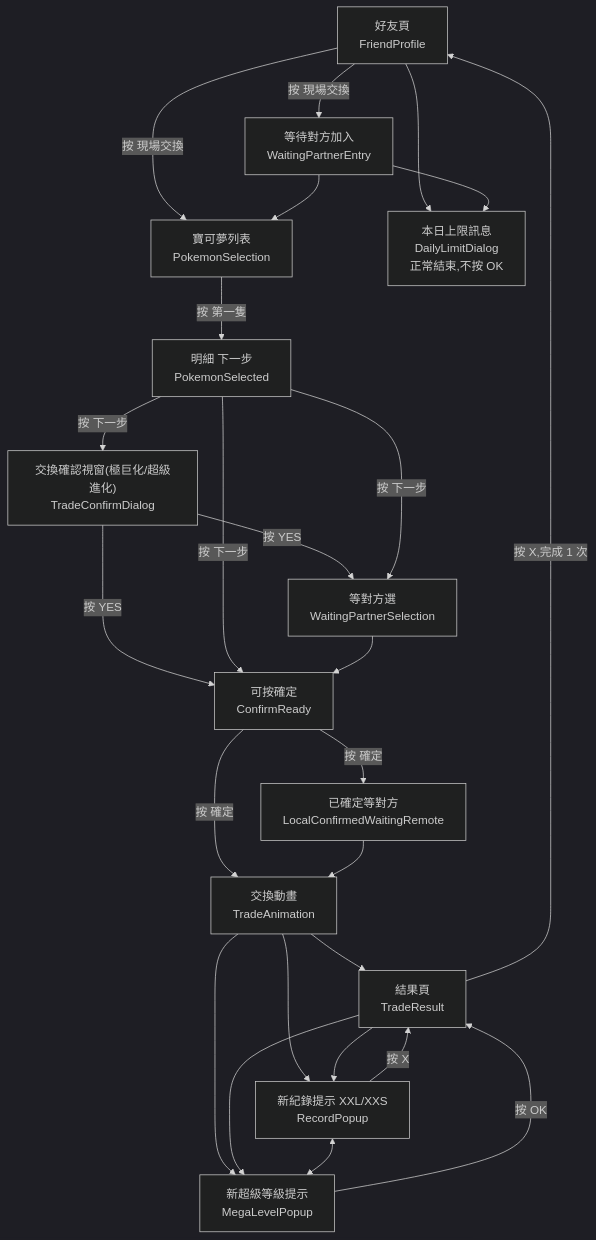
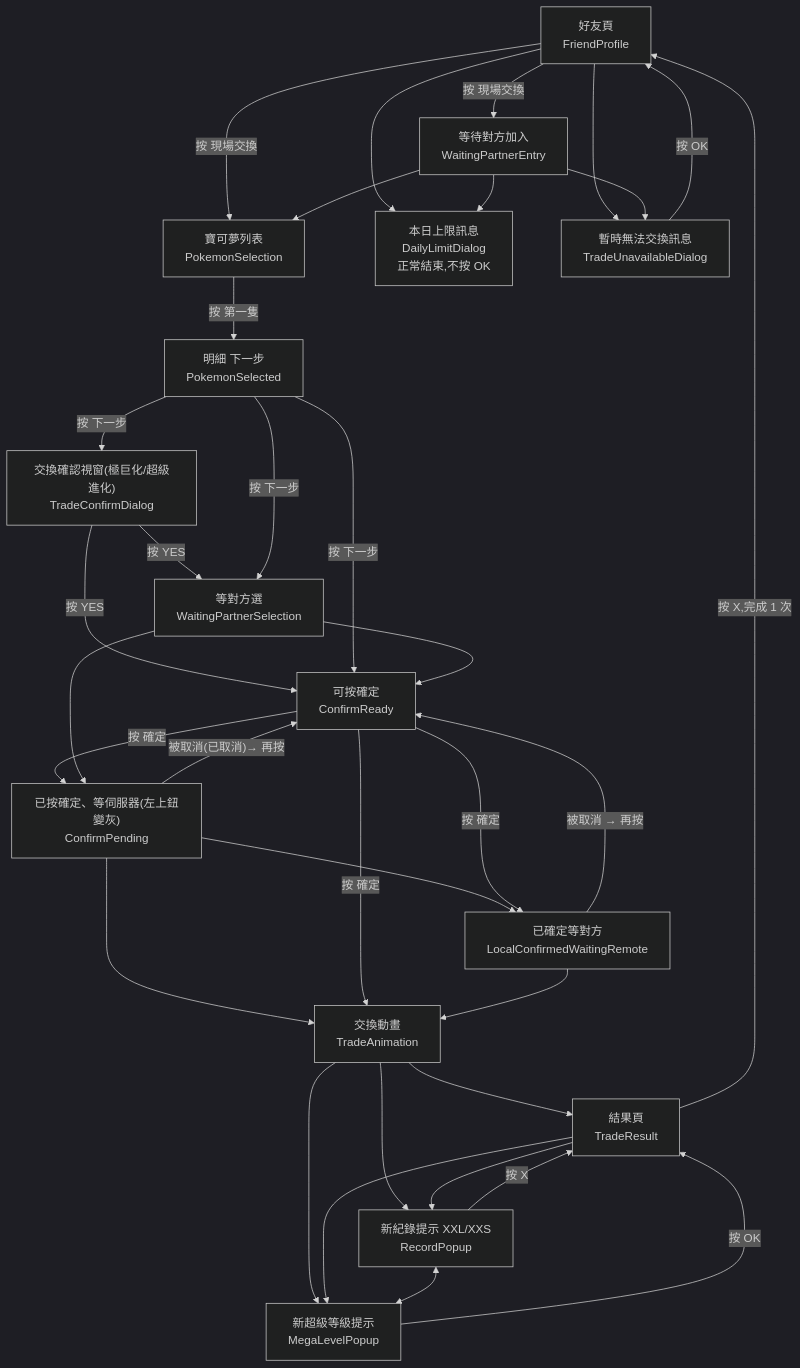
The second of 2 diagrams in docs/Developer_Handbook.md (Jerry2-Yao/PG_AutoTrade-Download), drawn with Mermaid (dark theme) before and after one commit. The commit also changed other lines of this file and 1 other file, not shown here.

````diff
--- a/docs/Developer_Handbook.md
+++ b/docs/Developer_Handbook.md
@@ -277,27 +280,36 @@
 ```mermaid
 flowchart TD
   FP["好友頁<br/>FriendProfile"] -->|"按 現場交換"| WPE["等待對方加入<br/>WaitingPartnerEntry"]
   FP -->|"按 現場交換"| PS["寶可夢列表<br/>PokemonSelection"]
   WPE --> PS
   FP --> DL["本日上限訊息<br/>DailyLimitDialog<br/>正常結束,不按 OK"]
   WPE --> DL
+  FP --> TU["暫時無法交換訊息<br/>TradeUnavailableDialog"]
+  WPE --> TU
+  TU -->|"按 OK"| FP
   PS -->|"按 第一隻"| PD["明細 下一步<br/>PokemonSelected"]
   PD -->|"按 下一步"| TCD["交換確認視窗(極巨化/超級進化)<br/>TradeConfirmDialog"]
   TCD -->|"按 YES"| WPS["等對方選<br/>WaitingPartnerSelection"]
   TCD -->|"按 YES"| CR["可按確定<br/>ConfirmReady"]
   PD -->|"按 下一步"| WPS
   PD -->|"按 下一步"| CR
   WPS --> CR
+  CR -->|"按 確定"| CP["已按確定、等伺服器(左上鈕變灰)<br/>ConfirmPending"]
+  WPS --> CP
+  CP --> LC
+  CP --> TA
+  CP -->|"被取消(已取消)→ 再按"| CR
+  LC -->|"被取消 → 再按"| CR
   CR -->|"按 確定"| LC["已確定等對方<br/>LocalConfirmedWaitingRemote"]
   CR -->|"按 確定"| TA["交換動畫<br/>TradeAnimation"]
   LC --> TA
   TA --> TR["結果頁<br/>TradeResult"]
   TA --> RP["新紀錄提示 XXL/XXS<br/>RecordPopup"]
   TR --> RP
   RP -->|"按 X"| TR
   TA --> MP["新超級等級提示<br/>MegaLevelPopup"]
   TR --> MP
   MP -->|"按 OK"| TR
   RP <--> MP
   TR -->|"按 X,完成 1 次"| FP
 ```
````
